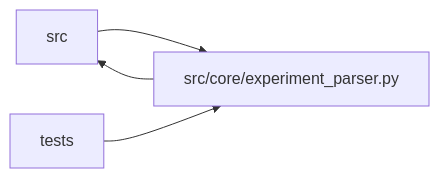
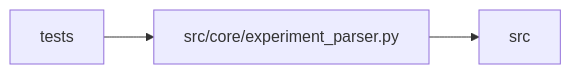
The diagram in docs/llm_wiki/modules/experiment_parser.md (Denissvgn/autoresearch-agent), drawn with Mermaid before and after one commit. The commit also changed other lines of this file and 1033 other files, not shown here.

````diff
--- a/docs/llm_wiki/modules/experiment_parser.md
+++ b/docs/llm_wiki/modules/experiment_parser.md
@@ -46,10 +46,9 @@
 ```mermaid
 flowchart LR
     n0["src"]
     n1["src/core/experiment_parser.py"]
     n2["tests"]
-    n0 --> n1
     n1 --> n0
     n2 --> n1
     click n1 "../modules/experiment_parser.md"
 ```
````
